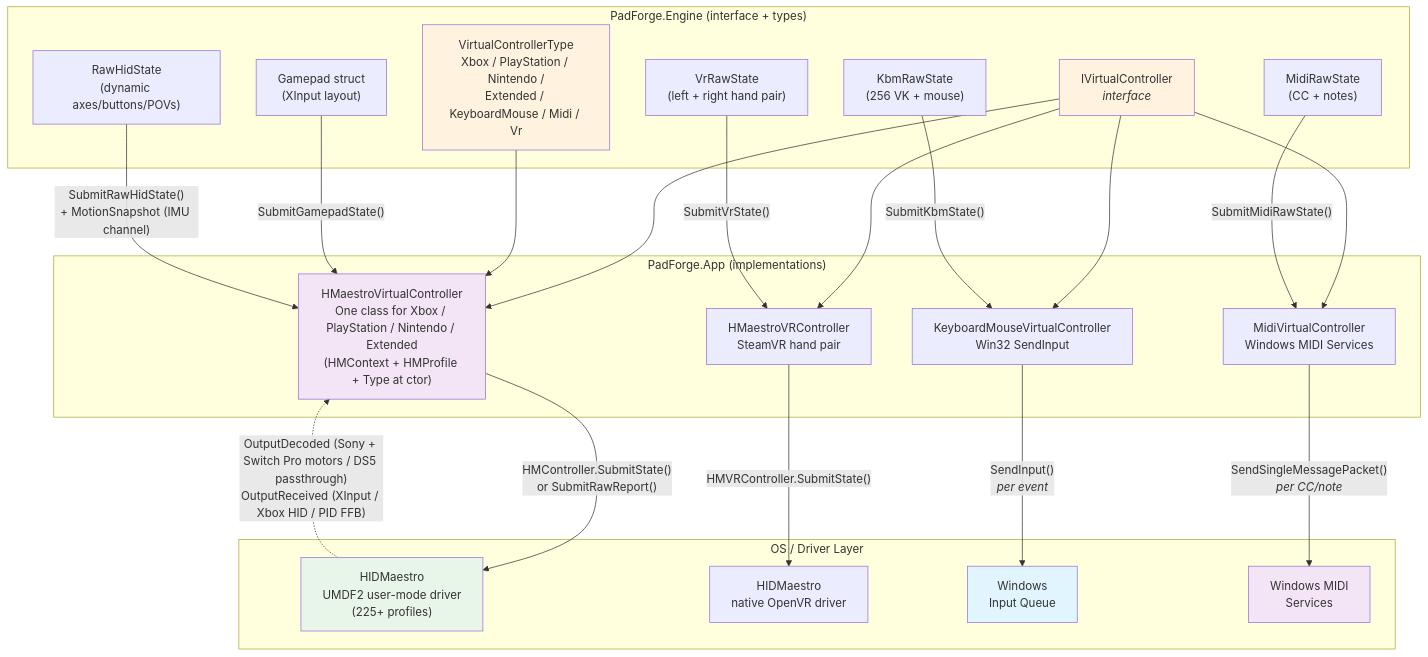
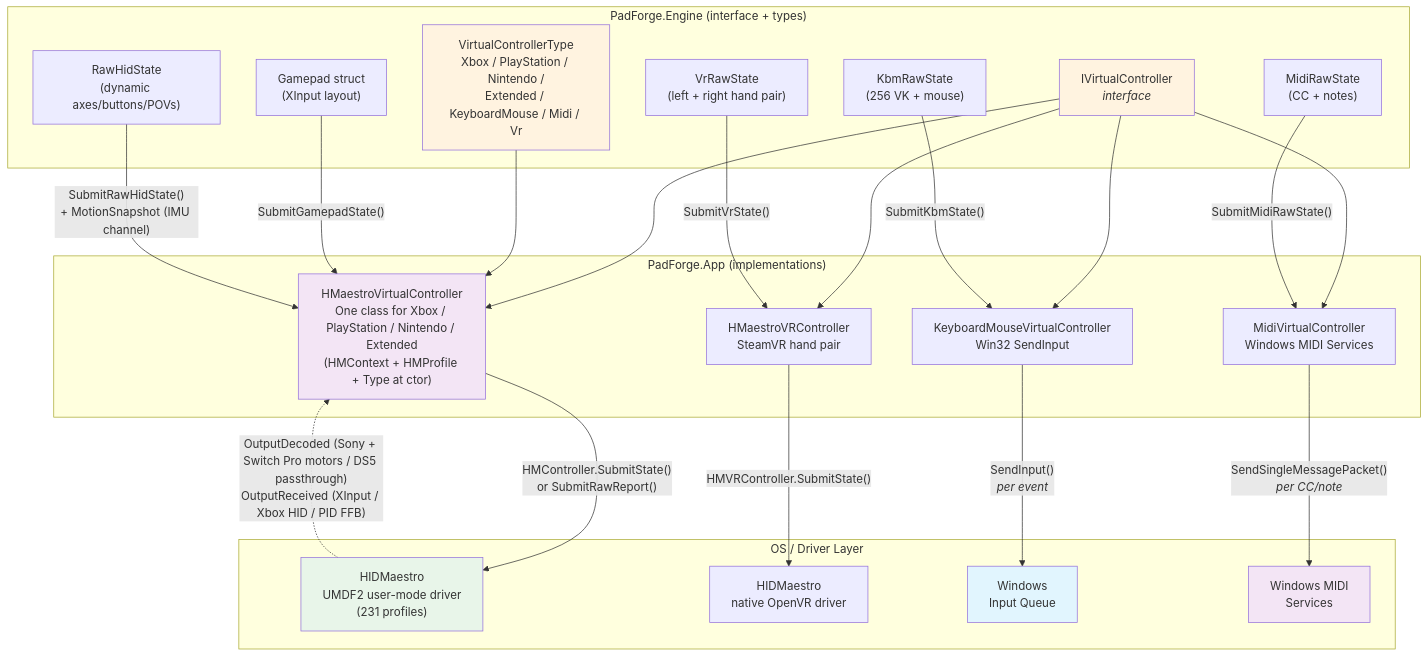
The diagram in wiki/features/virtual-controllers.md (hifihedgehog/padforge.org), drawn with Mermaid before and after one commit. The commit also changed other lines of this file and 192 other files, not shown here.

````diff
--- a/wiki/features/virtual-controllers.md
+++ b/wiki/features/virtual-controllers.md
@@ -20,49 +20,49 @@
 ```mermaid
 graph TB
     subgraph Engine["PadForge.Engine (interface + types)"]
         IVC["IVirtualController<br/><i>interface</i>"]
         VCT["VirtualControllerType<br/>Xbox / PlayStation / Nintendo /<br/>Extended / KeyboardMouse / Midi / Vr"]
         GP["Gamepad struct<br/>(XInput layout)"]
         ERS["RawHidState<br/>(dynamic axes/buttons/POVs)"]
         KRS["KbmRawState<br/>(256 VK + mouse)"]
         MRS["MidiRawState<br/>(CC + notes)"]
         VRS["VrRawState<br/>(left + right hand pair)"]
     end
 
     subgraph App["PadForge.App (implementations)"]
         HMVC["HMaestroVirtualController<br/>One class for Xbox / PlayStation / Nintendo / Extended<br/>(HMContext + HMProfile + Type at ctor)"]
         VRVC["HMaestroVRController<br/>SteamVR hand pair"]
         KBM["KeyboardMouseVirtualController<br/>Win32 SendInput"]
         MIDI["MidiVirtualController<br/>Windows MIDI Services"]
     end
 
     subgraph Drivers["OS / Driver Layer"]
-        HM["HIDMaestro<br/>UMDF2 user-mode driver<br/>(225+ profiles)"]
+        HM["HIDMaestro<br/>UMDF2 user-mode driver<br/>(231 profiles)"]
         HMVRD["HIDMaestro<br/>native OpenVR driver"]
         WIN["Windows<br/>Input Queue"]
         WMS["Windows MIDI<br/>Services"]
     end
 
     IVC --> HMVC & VRVC & KBM & MIDI
     VCT --> HMVC
 
     GP -->|"SubmitGamepadState()"| HMVC
     ERS -->|"SubmitRawHidState()<br/>+ MotionSnapshot (IMU channel)"| HMVC
     KRS -->|"SubmitKbmState()"| KBM
     MRS -->|"SubmitMidiRawState()"| MIDI
     VRS -->|"SubmitVrState()"| VRVC
 
     HMVC -->|"HMController.SubmitState()<br/>or SubmitRawReport()"| HM
     VRVC -->|"HMVRController.SubmitState()"| HMVRD
     KBM -->|"SendInput()<br/><i>per event</i>"| WIN
     MIDI -->|"SendSingleMessagePacket()<br/><i>per CC/note</i>"| WMS
 
     HM -.->|"OutputDecoded (Sony + Switch Pro motors / DS5 passthrough)<br/>OutputReceived (XInput / Xbox HID / PID FFB)"| HMVC
 
     style IVC fill:#fff3e0
     style VCT fill:#fff3e0
     style HMVC fill:#f3e5f5
     style HM fill:#e8f5e9
     style WIN fill:#e1f5fe
     style WMS fill:#f3e5f5
 ```
````
